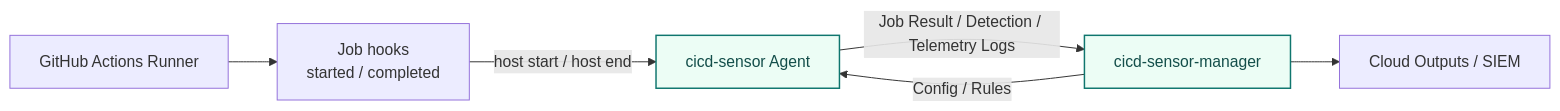
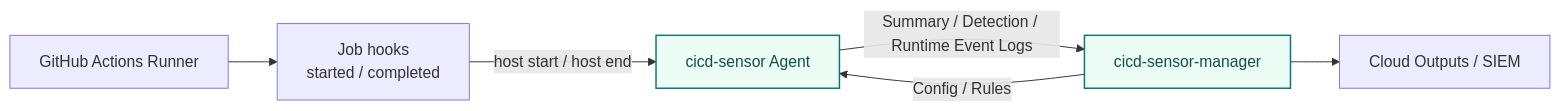
One commit to cicd-sensor/cicd-sensor changed the diagram in docs/user-guide/github-self-hosted.md. Above: the diagram before and after it, drawn with Mermaid. The commit also changed 215 other files, not shown here.

Commit message:
refactor!: drop job_ prefix, sweep kind→type, telemetry→event for runtime log

````diff
--- a/docs/user-guide/github-self-hosted.md
+++ b/docs/user-guide/github-self-hosted.md
@@ -10,17 +10,17 @@
 ```mermaid
 flowchart LR
     RUNNER["GitHub Actions Runner"]
     HOOKS["Job hooks<br/>started / completed"]
     AGENT["cicd-sensor Agent"]
     MANAGER["cicd-sensor-manager"]
     CLOUD["Cloud Outputs / SIEM"]
 
     RUNNER --> HOOKS
     HOOKS -->|"host start / host end"| AGENT
     MANAGER -->|"Config / Rules"| AGENT
-    AGENT -->|"Job Result / Detection / Telemetry Logs"| MANAGER
+    AGENT -->|"Summary / Detection / Runtime Event Logs"| MANAGER
     MANAGER --> CLOUD
 
     classDef cicdSensor fill:#ecfdf5,stroke:#0f766e,color:#134e4a,stroke-width:1.5px;
     class AGENT,MANAGER cicdSensor
 ```
````
